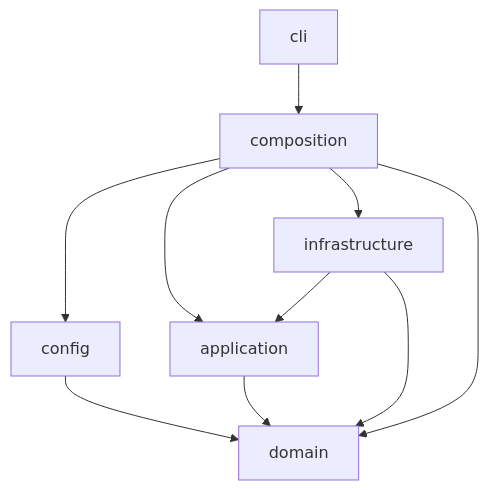
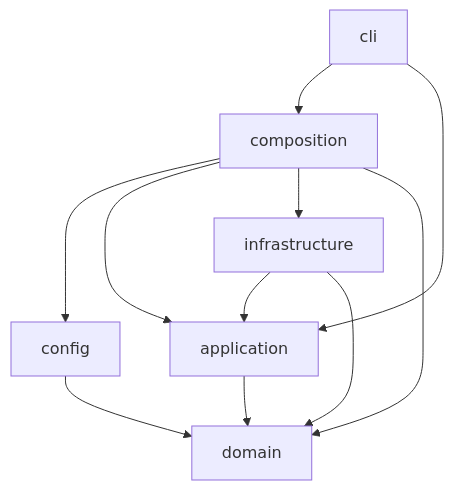
Before and after one commit to naslouby-salahe/datp-core: the first of 2 diagrams in docs/Architecture/DOMAIN_AND_APPLICATION_ARCHITECTURE.md, drawn with Mermaid. The commit also changed other lines of this file, not shown here.

````diff
--- a/docs/Architecture/DOMAIN_AND_APPLICATION_ARCHITECTURE.md
+++ b/docs/Architecture/DOMAIN_AND_APPLICATION_ARCHITECTURE.md
@@ -36,18 +101,20 @@
 ```mermaid
 graph TD
-    DOM[domain]
+    DOMAIN[domain]
     APP[application]
-    CFG[config]
+    CONFIG[config]
     INFRA[infrastructure]
-    COMP[composition]
+    COMPOSE[composition]
     CLI[cli]
-    APP --> DOM
-    CFG --> DOM
+
+    APP --> DOMAIN
+    CONFIG --> DOMAIN
     INFRA --> APP
-    INFRA --> DOM
-    COMP --> CFG
-    COMP --> APP
-    COMP --> INFRA
-    COMP --> DOM
-    CLI --> COMP
+    INFRA --> DOMAIN
+    COMPOSE --> CONFIG
+    COMPOSE --> APP
+    COMPOSE --> INFRA
+    COMPOSE --> DOMAIN
+    CLI --> COMPOSE
+    CLI --> APP
 ```
````
